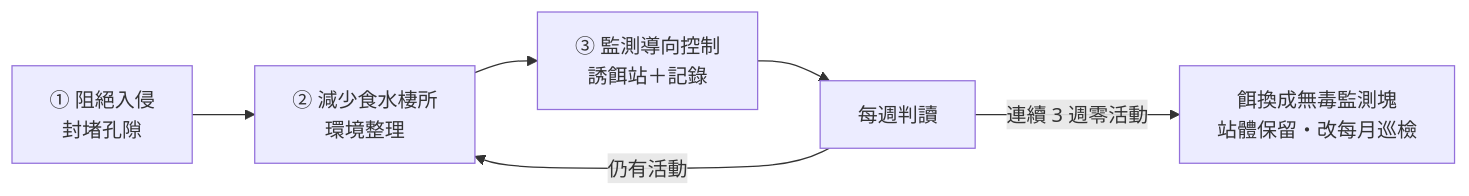
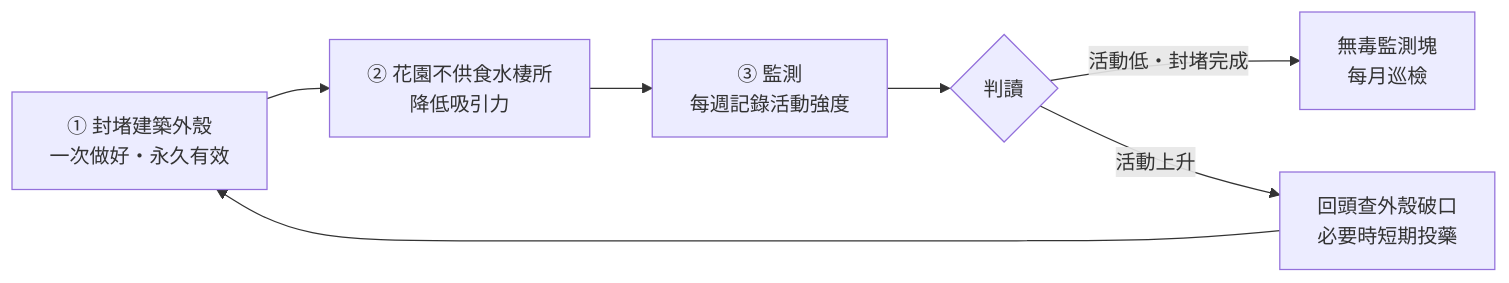
Before and after one commit to culturalcity/culturalcity.github.io: the diagram in src/admin/staff/rodent-control.md, drawn with Mermaid. The commit also changed other lines of this file, not shown here.

````diff
--- a/src/admin/staff/rodent-control.md
+++ b/src/admin/staff/rodent-control.md
@@ -31,8 +69,9 @@
 ```mermaid
 graph LR
-    A["① 阻絕入侵<br/>封堵孔隙"] --> B["② 減少食水棲所<br/>環境整理"]
-    B --> C["③ 監測導向控制<br/>誘餌站＋記錄"]
-    C --> D["每週判讀"]
-    D -->|"連續 3 週零活動"| E["餌換成無毒監測塊<br/>站體保留・改每月巡檢"]
-    D -->|"仍有活動"| B
+    A["① 封堵建築外殼<br/>一次做好・永久有效"] --> B["② 花園不供食水棲所<br/>降低吸引力"]
+    B --> C["③ 監測<br/>每週記錄活動強度"]
+    C --> D{"判讀"}
+    D -->|"活動低・封堵完成"| E["無毒監測塊<br/>每月巡檢"]
+    D -->|"活動上升"| F["回頭查外殼破口<br/>必要時短期投藥"]
+    F --> A
 ```
````
